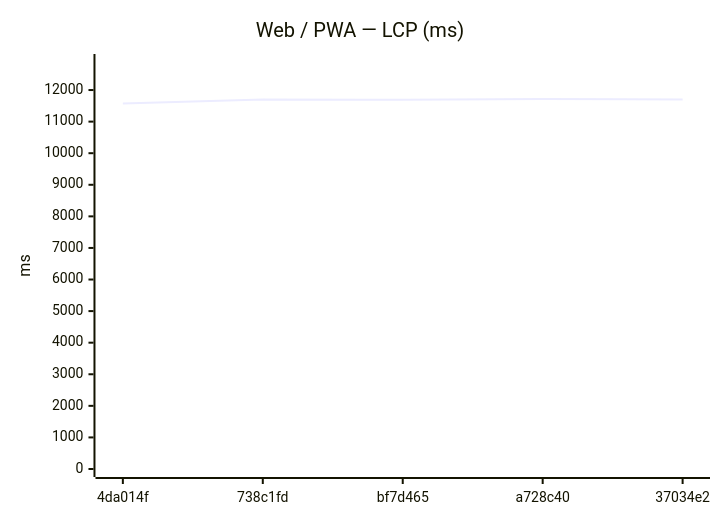
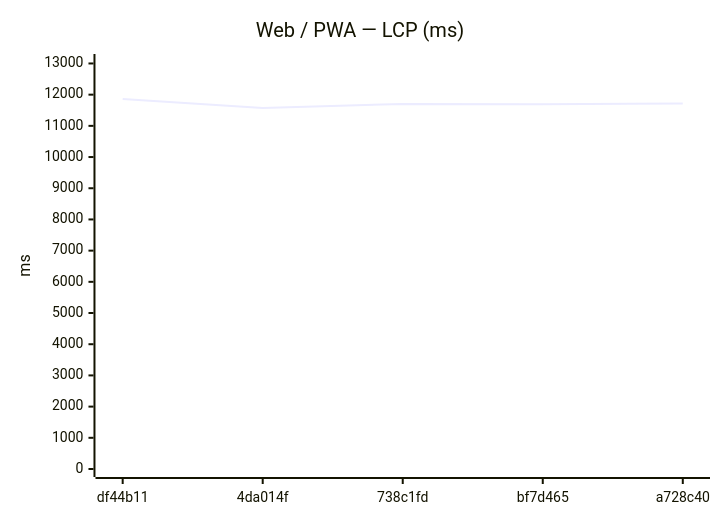
The ninth of 24 diagrams in benchmarks/compare.md (Metaheurist/Rianell), drawn with Mermaid before and after one commit. The commit also changed other lines of this file and 12 other files, not shown here.

````diff
--- a/benchmarks/compare.md
+++ b/benchmarks/compare.md
@@ -144,7 +144,7 @@
 ```mermaid
 xychart-beta
     title "Web / PWA — LCP (ms)"
-    x-axis ["4da014f", "738c1fd", "bf7d465", "a728c40", "37034e2"]
-    y-axis "ms" 0 --> 12888
-    line [11572, 11701, 11691, 11716, 11698]
+    x-axis ["df44b11", "4da014f", "738c1fd", "bf7d465", "a728c40"]
+    y-axis "ms" 0 --> 13047
+    line [11860, 11572, 11701, 11691, 11716]
 ```
````
